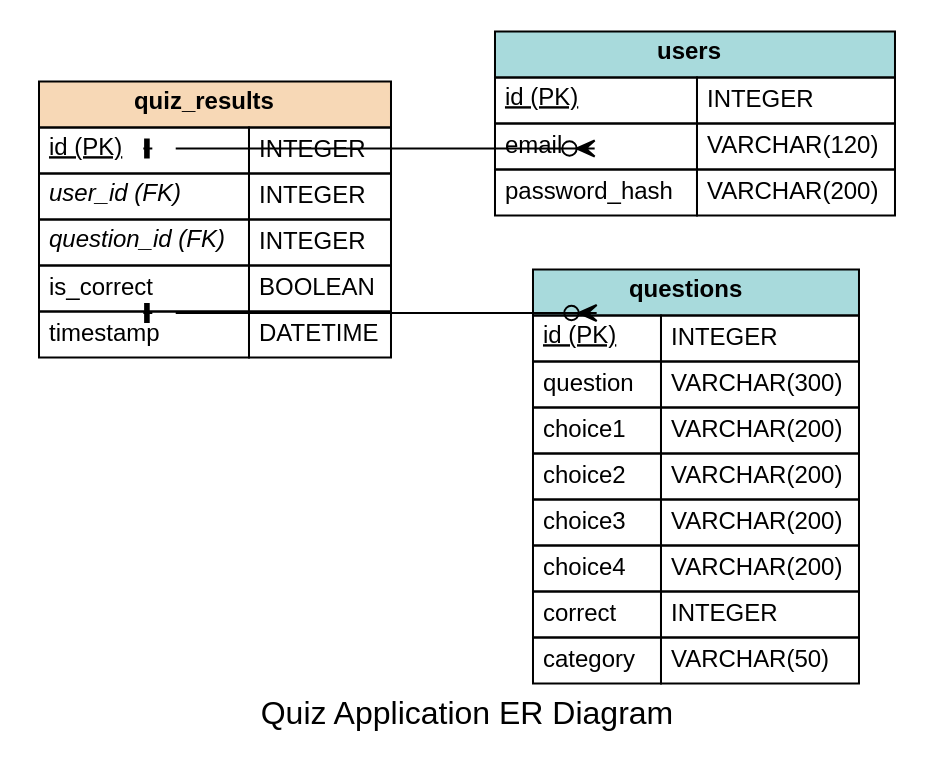
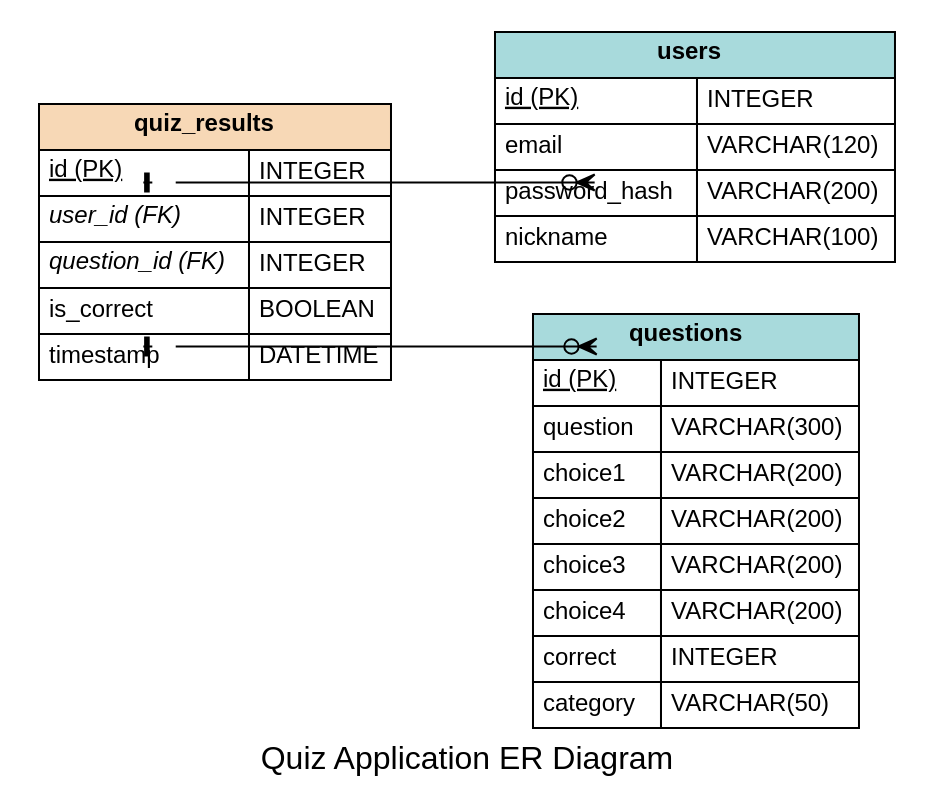
The first of 2 diagrams in project_specification.md (gogokate3-glitch/myquest), drawn with Graphviz before and after one commit. The commit also changed other lines of this file, not shown here.

````diff
--- a/project_specification.md
+++ b/project_specification.md
@@ -104,69 +114,70 @@
 ```dot
 digraph ERD {
     graph [
         rankdir = "LR";
         label = "Quiz Application ER Diagram";
         fontsize = 16;
         fontname = "Helvetica";
         splines = ortho;
     ];
     node [
         shape = "none";
         fontsize = 12;
         fontname = "Helvetica";
     ];
     edge [
         arrowsize = 0.9;
         fontsize = 10;
         fontname = "Helvetica";
         labeldistance = 3.0;
         labelfontcolor = "dimgray";
     ];
 
     // --- Entities (Tables) ---
     users [ label = <<TABLE BORDER="0" CELLBORDER="1" CELLSPACING="0" CELLPADDING="4">
             <TR><TD COLSPAN="2" BGCOLOR="#A8DADC"><B>users</B></TD></TR>
             <TR><TD ALIGN="LEFT" PORT="id"><U>id (PK)</U></TD><TD ALIGN="LEFT">INTEGER</TD></TR>
             <TR><TD ALIGN="LEFT">email</TD><TD ALIGN="LEFT">VARCHAR(120)</TD></TR>
             <TR><TD ALIGN="LEFT">password_hash</TD><TD ALIGN="LEFT">VARCHAR(200)</TD></TR>
+            <TR><TD ALIGN="LEFT">nickname</TD><TD ALIGN="LEFT">VARCHAR(100)</TD></TR>
         </TABLE>> ];
 
     questions [ label = <<TABLE BORDER="0" CELLBORDER="1" CELLSPACING="0" CELLPADDING="4">
             <TR><TD COLSPAN="2" BGCOLOR="#A8DADC"><B>questions</B></TD></TR>
             <TR><TD ALIGN="LEFT" PORT="id"><U>id (PK)</U></TD><TD ALIGN="LEFT">INTEGER</TD></TR>
             <TR><TD ALIGN="LEFT">question</TD><TD ALIGN="LEFT">VARCHAR(300)</TD></TR>
             <TR><TD ALIGN="LEFT">choice1</TD><TD ALIGN="LEFT">VARCHAR(200)</TD></TR>
             <TR><TD ALIGN="LEFT">choice2</TD><TD ALIGN="LEFT">VARCHAR(200)</TD></TR>
             <TR><TD ALIGN="LEFT">choice3</TD><TD ALIGN="LEFT">VARCHAR(200)</TD></TR>
             <TR><TD ALIGN="LEFT">choice4</TD><TD ALIGN="LEFT">VARCHAR(200)</TD></TR>
             <TR><TD ALIGN="LEFT">correct</TD><TD ALIGN="LEFT">INTEGER</TD></TR>
             <TR><TD ALIGN="LEFT">category</TD><TD ALIGN="LEFT">VARCHAR(50)</TD></TR>
         </TABLE>> ];
 
     quiz_results [ label = <<TABLE BORDER="0" CELLBORDER="1" CELLSPACING="0" CELLPADDING="4">
             <TR><TD COLSPAN="2" BGCOLOR="#F7D8B6"><B>quiz_results</B></TD></TR>
             <TR><TD ALIGN="LEFT"><U>id (PK)</U></TD><TD ALIGN="LEFT">INTEGER</TD></TR>
             <TR><TD ALIGN="LEFT" PORT="user_id"><I>user_id (FK)</I></TD><TD ALIGN="LEFT">INTEGER</TD></TR>
             <TR><TD ALIGN="LEFT" PORT="question_id"><I>question_id (FK)</I></TD><TD ALIGN="LEFT">INTEGER</TD></TR>
             <TR><TD ALIGN="LEFT">is_correct</TD><TD ALIGN="LEFT">BOOLEAN</TD></TR>
             <TR><TD ALIGN="LEFT">timestamp</TD><TD ALIGN="LEFT">DATETIME</TD></TR>
         </TABLE>> ];
 
     // --- Relationships (Crow's Foot Notation) ---
     // A quiz_result MUST belong to ONE user.
     // A user CAN have ZERO or MORE quiz_results.
     quiz_results:user_id -> users:id [
         dir = "both",
         arrowhead = "tee",      // one
         arrowtail = "crowodot"  // zero or more
     ];
 
     // A quiz_result MUST belong to ONE question.
     // A question CAN have ZERO or MORE quiz_results.
     quiz_results:question_id -> questions:id [
         dir = "both",
         arrowhead = "tee",      // one
         arrowtail = "crowodot"  // zero or more
     ];
 }
 ```
````
